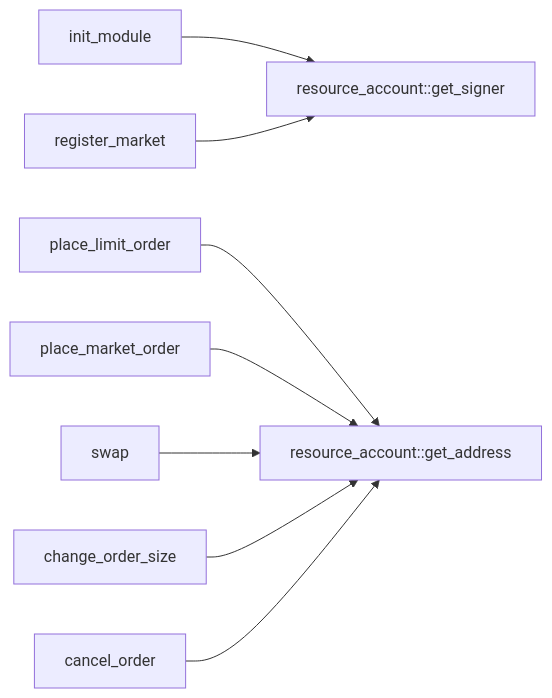
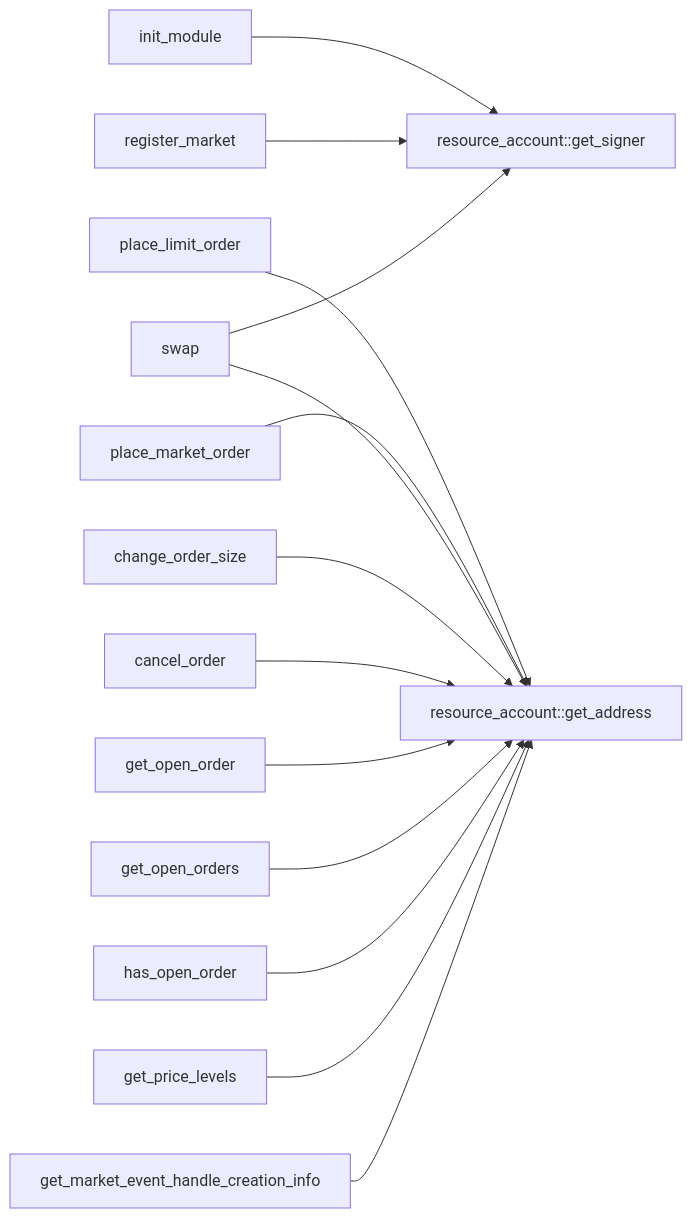
One commit to econia-labs/econia changed the ninth of 10 diagrams in src/move/econia/doc/market.md. Above: the diagram before and after it, drawn with Mermaid. The commit also changed other lines of this file and 276 other files, not shown here.

````diff
--- a/src/move/econia/doc/market.md
+++ b/src/move/econia/doc/market.md
@@ -391,19 +446,31 @@
 ``` mermaid
 
 flowchart LR
 
 init_module --> resource_account::get_signer
 
 register_market --> resource_account::get_signer
 
 place_limit_order --> resource_account::get_address
 
 place_market_order --> resource_account::get_address
 
 swap --> resource_account::get_address
+swap --> resource_account::get_signer
 
 change_order_size --> resource_account::get_address
 
 cancel_order --> resource_account::get_address
 
+get_open_order --> resource_account::get_address
+
+get_open_orders --> resource_account::get_address
+
+has_open_order --> resource_account::get_address
+
+get_price_levels --> resource_account::get_address
+
+get_market_event_handle_creation_info -->
+resource_account::get_address
+
 ```
````
